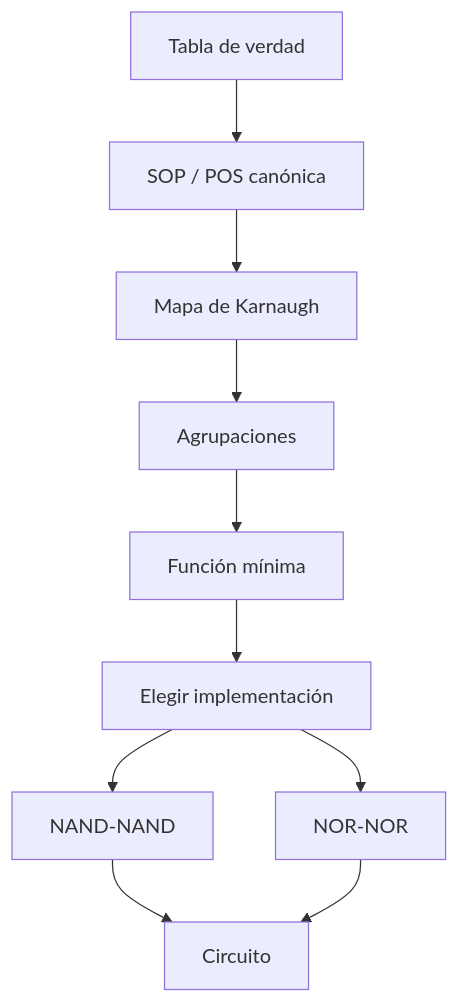
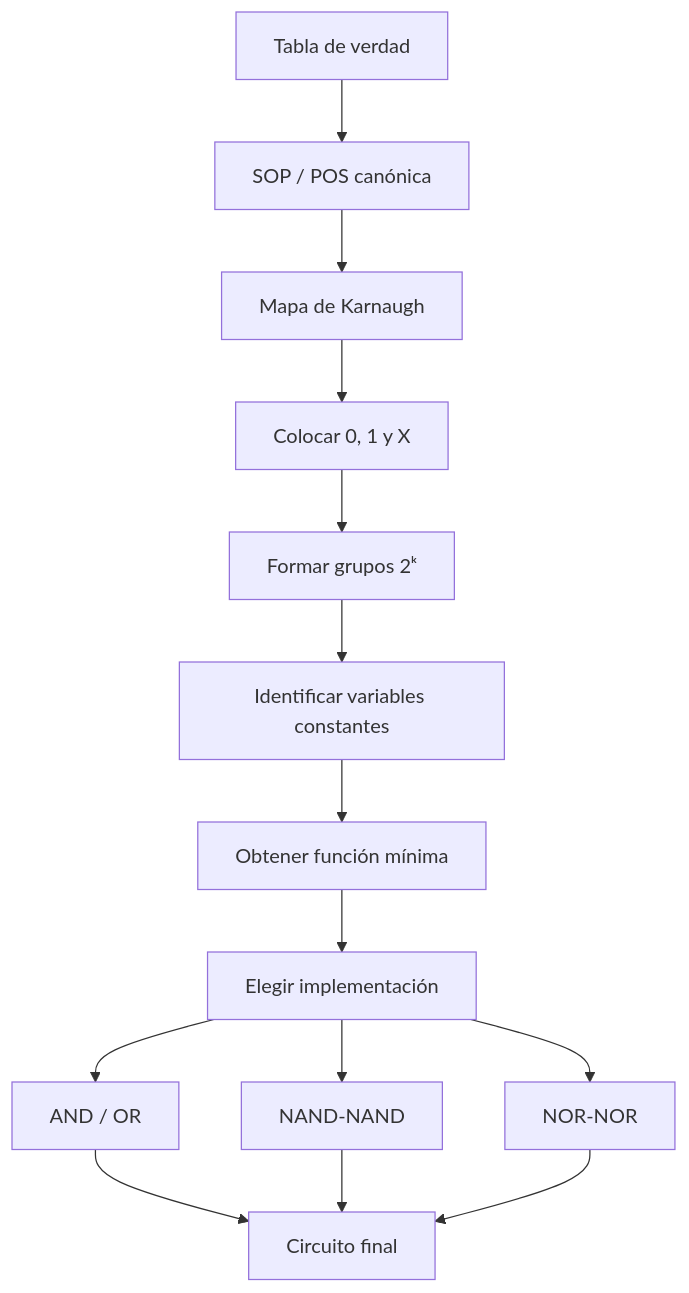
The fifth of 5 diagrams in semana-3/README.md (roblezsdier02-alt/cuaderno-sintesis-unidad1), drawn with Mermaid before and after one commit. The commit also changed other lines of this file, not shown here.

````diff
--- a/semana-3/README.md
+++ b/semana-3/README.md
@@ -697,13 +1015,26 @@
 ```mermaid
 flowchart TD
+
     A["Tabla de verdad"]
     A --> B["SOP / POS canónica"]
+
     B --> C["Mapa de Karnaugh"]
-    C --> D["Agrupaciones"]
-    D --> E["Función mínima"]
-    E --> F["Elegir implementación"]
-    F --> G["NAND-NAND"]
-    F --> H["NOR-NOR"]
-    G --> I["Circuito"]
-    H --> I
+
+    C --> D["Colocar 0, 1 y X"]
+
+    D --> E["Formar grupos 2ᵏ"]
+
+    E --> F["Identificar variables constantes"]
+
+    F --> G["Obtener función mínima"]
+
+    G --> H["Elegir implementación"]
+
+    H --> I["AND / OR"]
+    H --> J["NAND-NAND"]
+    H --> K["NOR-NOR"]
+
+    I --> L["Circuito final"]
+    J --> L
+    K --> L
 ```
````
